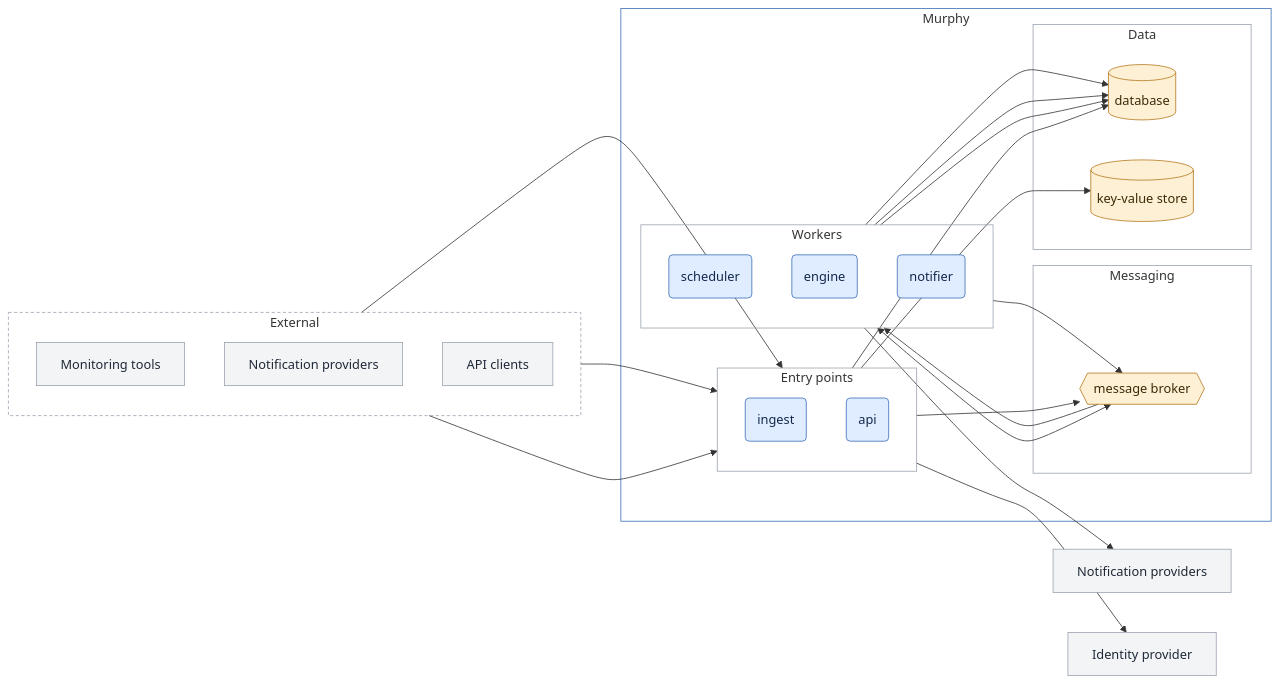
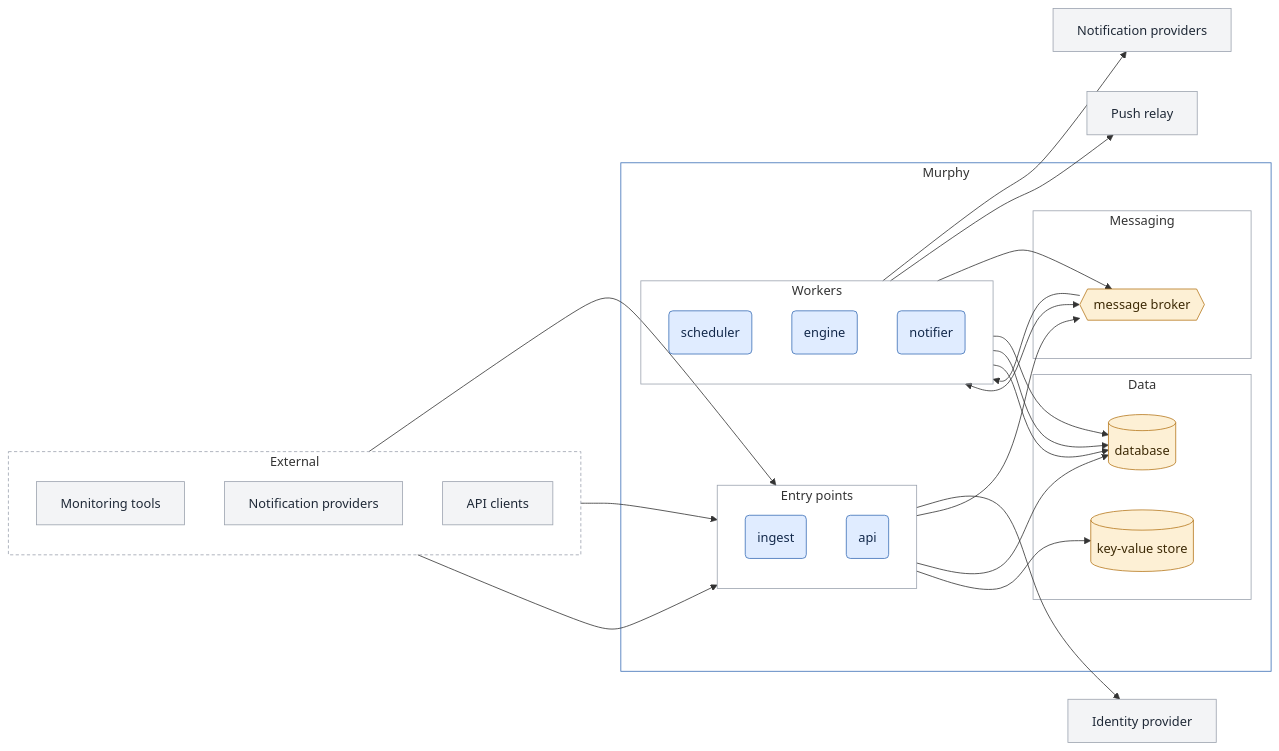
The first of 6 diagrams in docs/architecture.md (murphyhq/server), drawn with Mermaid before and after one commit. The commit also changed other lines of this file and 32 other files, not shown here.

````diff
--- a/docs/architecture.md
+++ b/docs/architecture.md
@@ -7,67 +7,69 @@
 ```mermaid
 flowchart LR
   subgraph external [External]
     direction TB
     mon[Monitoring tools]
     providers_in[Notification providers]
     clients[API clients]
   end
 
   subgraph murphy [Murphy]
     subgraph entry [Entry points]
       direction TB
       ingest(ingest)
       api(api)
     end
 
     subgraph workers [Workers]
       direction TB
       scheduler(scheduler)
       engine(engine)
       notifier(notifier)
     end
 
     subgraph messaging [Messaging]
       broker{{message broker}}
     end
 
     subgraph data [Data]
       db[(database)]
       kv[(key-value store)]
     end
   end
 
   providers_out[Notification providers]
   idp[Identity provider]
+  relay[Push relay]
 
   mon --> ingest
   providers_in --> ingest
   clients --> api
   api --> idp
   notifier --> providers_out
+  notifier --> relay
 
   ingest --> broker
   scheduler --> broker
   broker --> engine
   broker <--> notifier
 
   api --> db
   api --> kv
   engine --> db
   scheduler --> db
   notifier --> db
 
   classDef outside fill:#f3f4f6,stroke:#9ca3af,color:#1f2937
   classDef component fill:#e0ecff,stroke:#3b6fb6,color:#13294b
   classDef infra fill:#fdf0d5,stroke:#b7791f,color:#3d2a06
-  class mon,providers_in,clients,providers_out,idp outside
+  class mon,providers_in,clients,providers_out,idp,relay outside
   class ingest,api,scheduler,engine,notifier component
   class broker,db,kv infra
 
   style external fill:none,stroke:#9ca3af,stroke-dasharray:4 3
   style murphy fill:none,stroke:#3b6fb6
   style entry fill:none,stroke:#9ca3af
   style workers fill:none,stroke:#9ca3af
   style messaging fill:none,stroke:#9ca3af
   style data fill:none,stroke:#9ca3af
 ```
````
